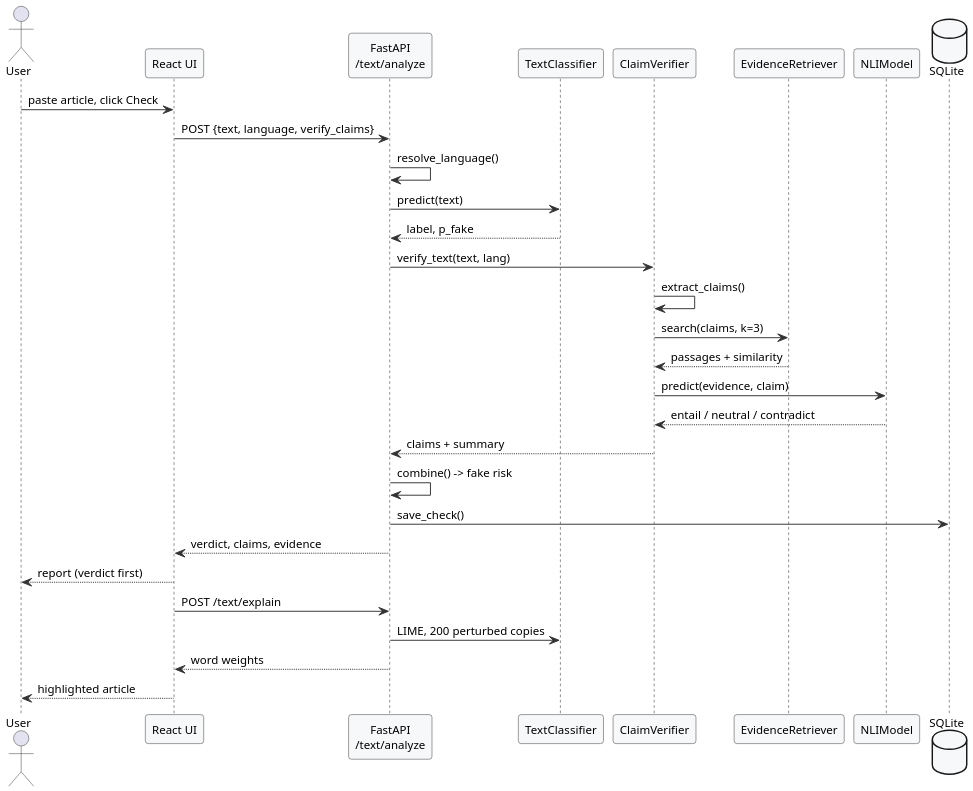
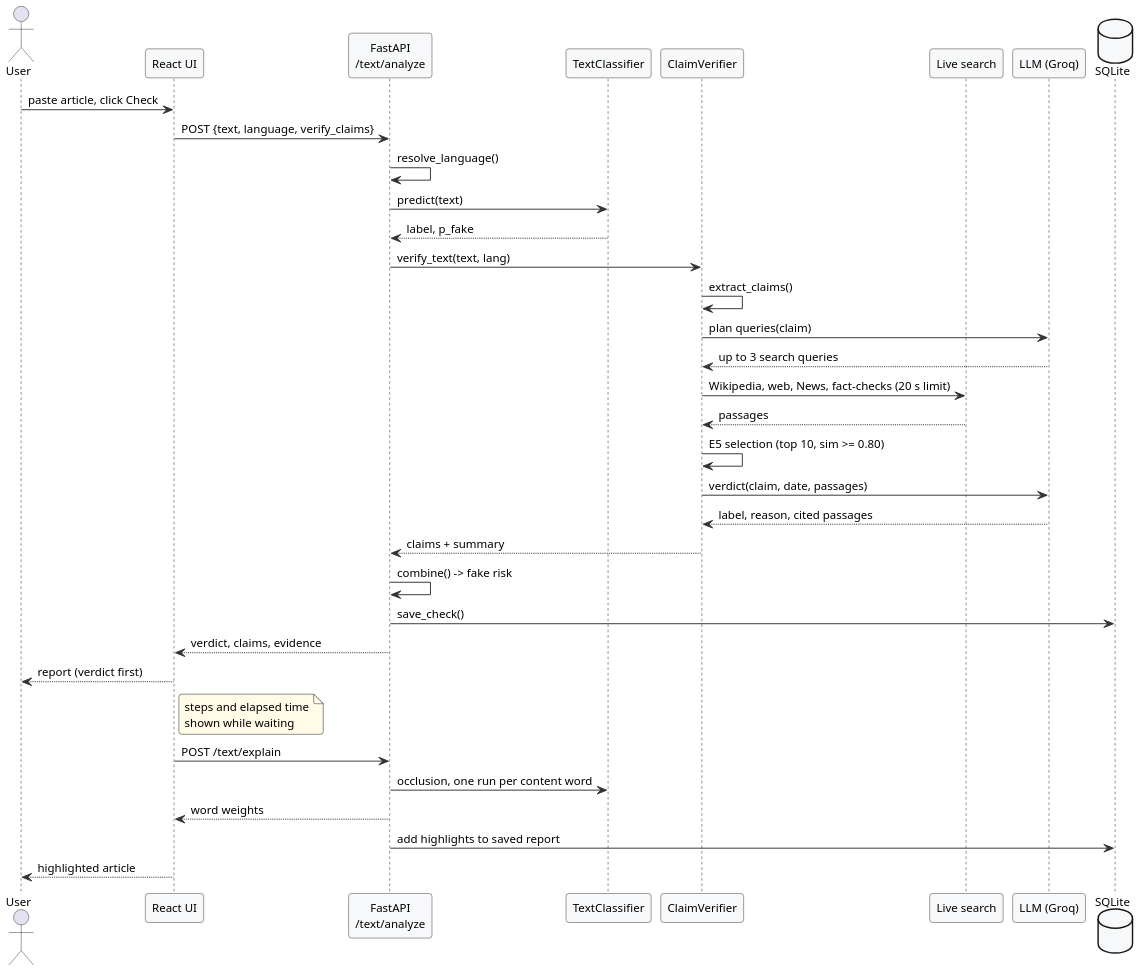
One commit to srivalli-kagitha/Fake-News-Detection changed the diagram in report/diagrams/sequence_text.puml. Above: the diagram before and after it, drawn with PlantUML. The commit also changed 49 other files, not shown here.

First line of the commit message:
Paper and report: LLM fact checker, live evidence, image ensemble, occlusion, faster start, full-report history

```diff
--- a/report/diagrams/sequence_text.puml
+++ b/report/diagrams/sequence_text.puml
@@ -1,51 +1,56 @@
 @startuml
 skinparam dpi 170
 skinparam shadowing false
 skinparam defaultFontName Arial
 skinparam defaultFontSize 12
 skinparam ArrowColor #333333
 skinparam roundcorner 6
 skinparam componentStyle rectangle
 skinparam rectangleBorderColor #333333
 skinparam rectangleBackgroundColor #F7F8FA
 skinparam packageBorderColor #555555
 skinparam actorBorderColor #333333
 skinparam usecaseBorderColor #333333
 skinparam usecaseBackgroundColor #F7F8FA
 skinparam classBorderColor #333333
 skinparam classBackgroundColor #F7F8FA
 skinparam activityBorderColor #333333
 skinparam activityBackgroundColor #F7F8FA
 skinparam sequenceParticipantBorderColor #333333
 skinparam sequenceParticipantBackgroundColor #F7F8FA
 skinparam databaseBackgroundColor #F7F8FA
 skinparam noteBackgroundColor #FFFBE6
 actor User
 participant "React UI" as UI
 participant "FastAPI\n/text/analyze" as API
 participant "TextClassifier" as C
 participant "ClaimVerifier" as V
-participant "EvidenceRetriever" as R
-participant "NLIModel" as N
+participant "Live search" as R
+participant "LLM (Groq)" as N
 database SQLite as DB
 User -> UI : paste article, click Check
 UI -> API : POST {text, language, verify_claims}
 API -> API : resolve_language()
 API -> C : predict(text)
 C --> API : label, p_fake
 API -> V : verify_text(text, lang)
 V -> V : extract_claims()
-V -> R : search(claims, k=3)
-R --> V : passages + similarity
-V -> N : predict(evidence, claim)
-N --> V : entail / neutral / contradict
+V -> N : plan queries(claim)
+N --> V : up to 3 search queries
+V -> R : Wikipedia, web, News, fact-checks (20 s limit)
+R --> V : passages
+V -> V : E5 selection (top 10, sim >= 0.80)
+V -> N : verdict(claim, date, passages)
+N --> V : label, reason, cited passages
 V --> API : claims + summary
 API -> API : combine() -> fake risk
 API -> DB : save_check()
 API --> UI : verdict, claims, evidence
 UI --> User : report (verdict first)
+note right of UI : steps and elapsed time\nshown while waiting
 UI -> API : POST /text/explain
-API -> C : LIME, 200 perturbed copies
+API -> C : occlusion, one run per content word
 API --> UI : word weights
+API -> DB : add highlights to saved report
 UI --> User : highlighted article
 @enduml
```
